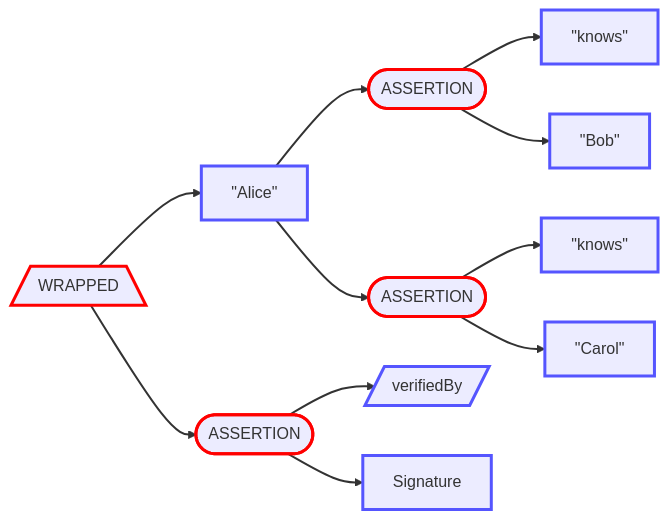
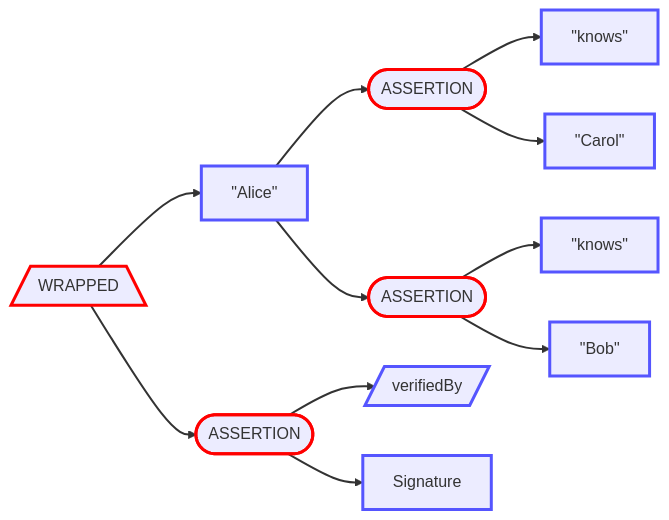
Diagram 16 of 26 in Envelope/OutputFormats.md (BlockchainCommons/Gordian), drawn with Mermaid before and after one commit. The commit also changed other lines of this file and 6 other files, not shown here.

````diff
--- a/Envelope/OutputFormats.md
+++ b/Envelope/OutputFormats.md
@@ -670,45 +741,45 @@
 ```mermaid
 graph LR
     1[/"WRAPPED"\]
     2["#quot;Alice#quot;"]
     3(["ASSERTION"])
     4["#quot;knows#quot;"]
-    5["#quot;Bob#quot;"]
+    5["#quot;Carol#quot;"]
     6(["ASSERTION"])
     7["#quot;knows#quot;"]
-    8["#quot;Carol#quot;"]
+    8["#quot;Bob#quot;"]
     9(["ASSERTION"])
     10[/"verifiedBy"/]
     11["Signature"]
     1 --> 2
     2 --> 3
     3 --> 4
     3 --> 5
     2 --> 6
     6 --> 7
     6 --> 8
     1 --> 9
     9 --> 10
     9 --> 11
     style 1 stroke:red,stroke-width:3.0px
     style 2 stroke:#55f,stroke-width:3.0px
     style 3 stroke:red,stroke-width:3.0px
     style 4 stroke:#55f,stroke-width:3.0px
     style 5 stroke:#55f,stroke-width:3.0px
     style 6 stroke:red,stroke-width:3.0px
     style 7 stroke:#55f,stroke-width:3.0px
     style 8 stroke:#55f,stroke-width:3.0px
     style 9 stroke:red,stroke-width:3.0px
     style 10 stroke:#55f,stroke-width:3.0px
     style 11 stroke:#55f,stroke-width:3.0px
     linkStyle 0 stroke-width:2.0px
     linkStyle 1 stroke-width:2.0px
     linkStyle 2 stroke-width:2.0px
     linkStyle 3 stroke-width:2.0px
     linkStyle 4 stroke-width:2.0px
     linkStyle 5 stroke-width:2.0px
     linkStyle 6 stroke-width:2.0px
     linkStyle 7 stroke-width:2.0px
     linkStyle 8 stroke-width:2.0px
     linkStyle 9 stroke-width:2.0px
 ```
````
